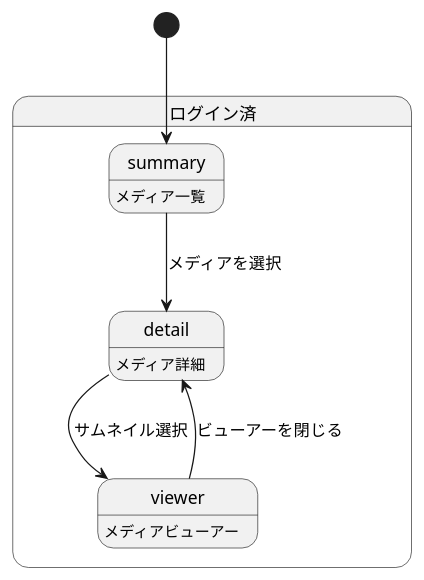
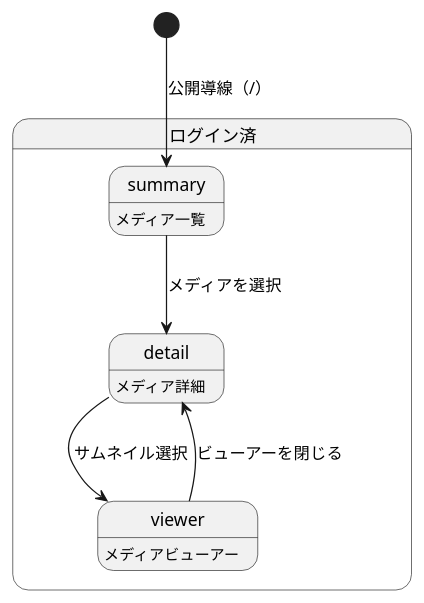
The diagram in doc/6_ui/flow/user.puml (hachimitu22/MangaViewer), drawn with PlantUML before and after one commit. The commit also changed 4 other files, not shown here.

```diff
--- a/doc/6_ui/flow/user.puml
+++ b/doc/6_ui/flow/user.puml
@@ -1,15 +1,15 @@
 @startuml
 
 state "ログイン済" as Signin {
     summary : メディア一覧
     detail : メディア詳細
     viewer : メディアビューアー
 }
 
 ' 共通
-[*] --> Signin.summary
+[*] --> Signin.summary : 公開導線（/）
 Signin.summary --> Signin.detail : メディアを選択
 Signin.detail --> Signin.viewer : サムネイル選択
 Signin.viewer --> Signin.detail : ビューアーを閉じる
 
 @enduml
```
